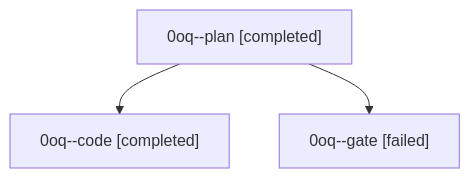
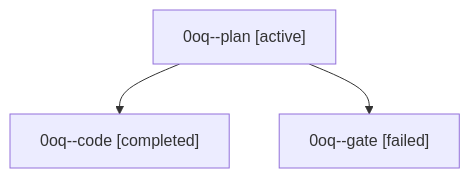
Before and after one commit to sase-org/sase--agents: the diagram in families/bbugyi200.athena.0oq.md, drawn with Mermaid. The commit also changed other lines of this file and 35830 other files, not shown here.

````diff
--- a/families/bbugyi200.athena.0oq.md
+++ b/families/bbugyi200.athena.0oq.md
@@ -9,8 +9,8 @@
 ```mermaid
 flowchart TD
-  n0["0oq--plan [completed]"]
+  n0["0oq--plan [active]"]
   n1["0oq--code [completed]"]
   n0 --> n1
   n2["0oq--gate [failed]"]
   n0 --> n2
 ```
````
